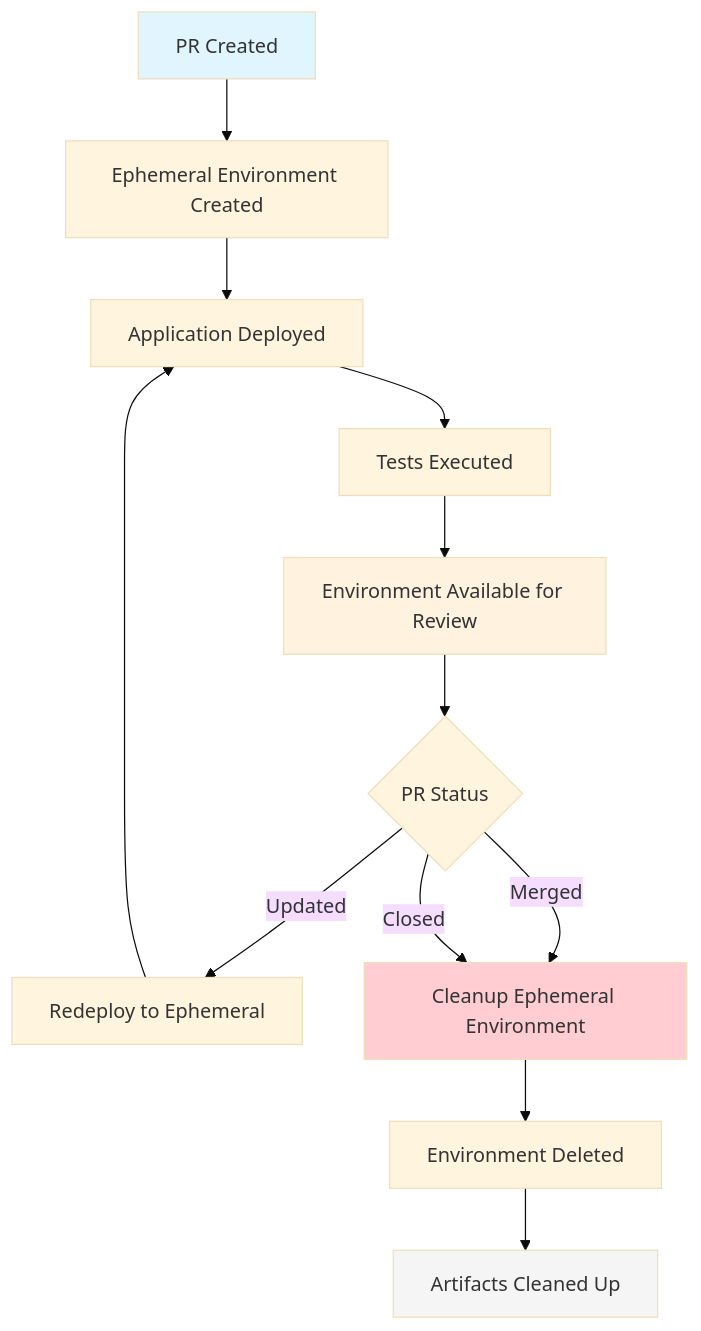
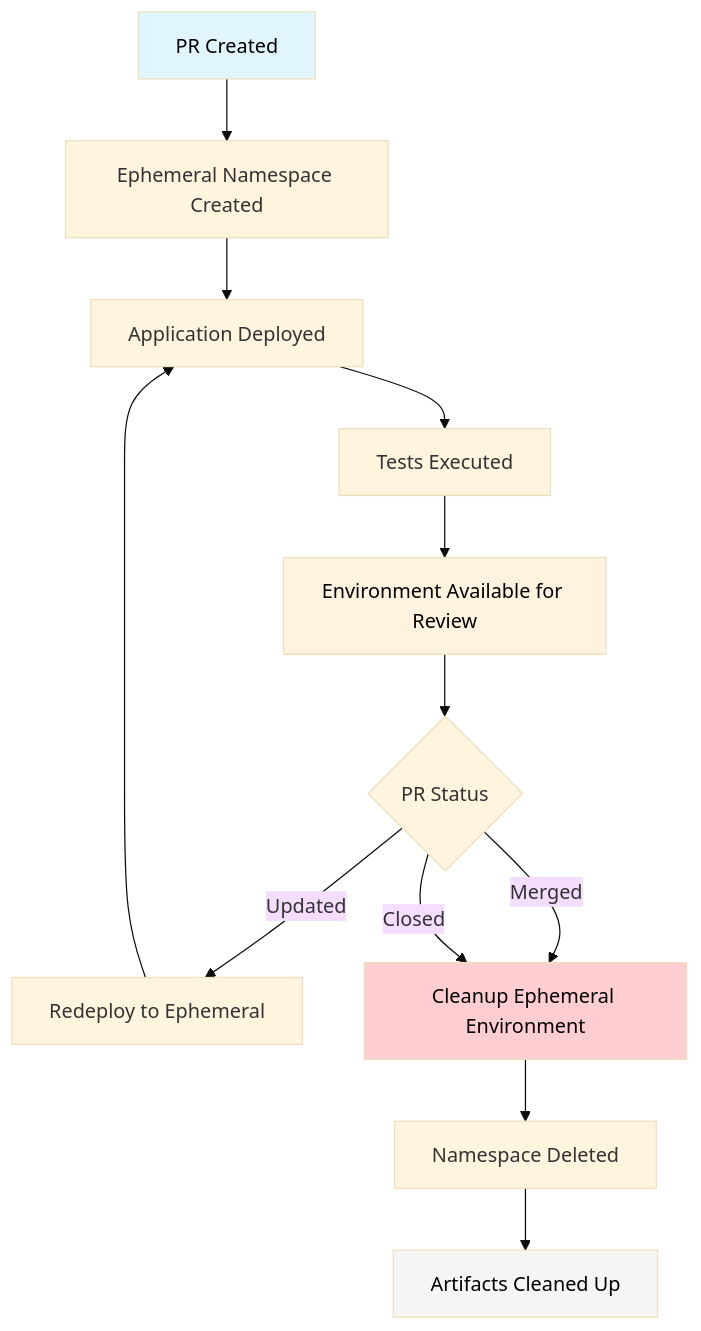
One commit to cdkovacs/gi-pov changed the fifth of 5 diagrams in deployment-flow.md. Above: the diagram before and after it, drawn with Mermaid (base theme). The commit also changed other lines of this file, not shown here.

Commit message:
Cleaned up flow diagram color contrast

````diff
--- a/deployment-flow.md
+++ b/deployment-flow.md
@@ -125,19 +125,19 @@
 ```mermaid
 flowchart TD
-    A[PR Created] --> B[Ephemeral Environment Created]
+    A[PR Created] --> B[Ephemeral Namespace Created]
     B --> C[Application Deployed]
     C --> D[Tests Executed]
     D --> E[Environment Available for Review]
     E --> F{PR Status}
     F -->|Updated| G[Redeploy to Ephemeral]
     G --> C
     F -->|Merged| H[Cleanup Ephemeral Environment]
     F -->|Closed| H
-    H --> I[Environment Deleted]
+    H --> I[Namespace Deleted]
     I --> J[Artifacts Cleaned Up]
     
-    style A fill:#e1f5fe 
-    style E fill:#fff3e0
-    style H fill:#ffcdd2
-    style J fill:#f5f5f5
+    style A fill:#e1f5fe,color:#000000
+    style E fill:#fff3e0,color:#000000
+    style H fill:#ffcdd2,color:#000000
+    style J fill:#f5f5f5,color:#000000
 ```
````
